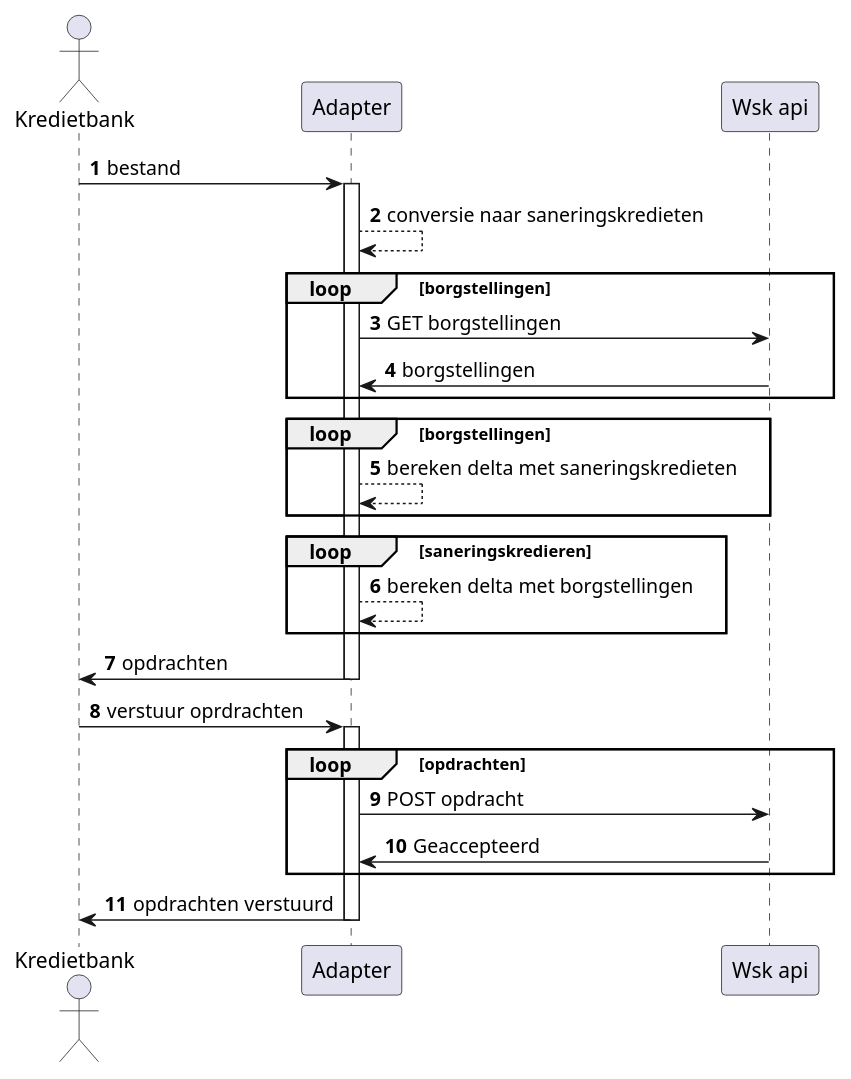
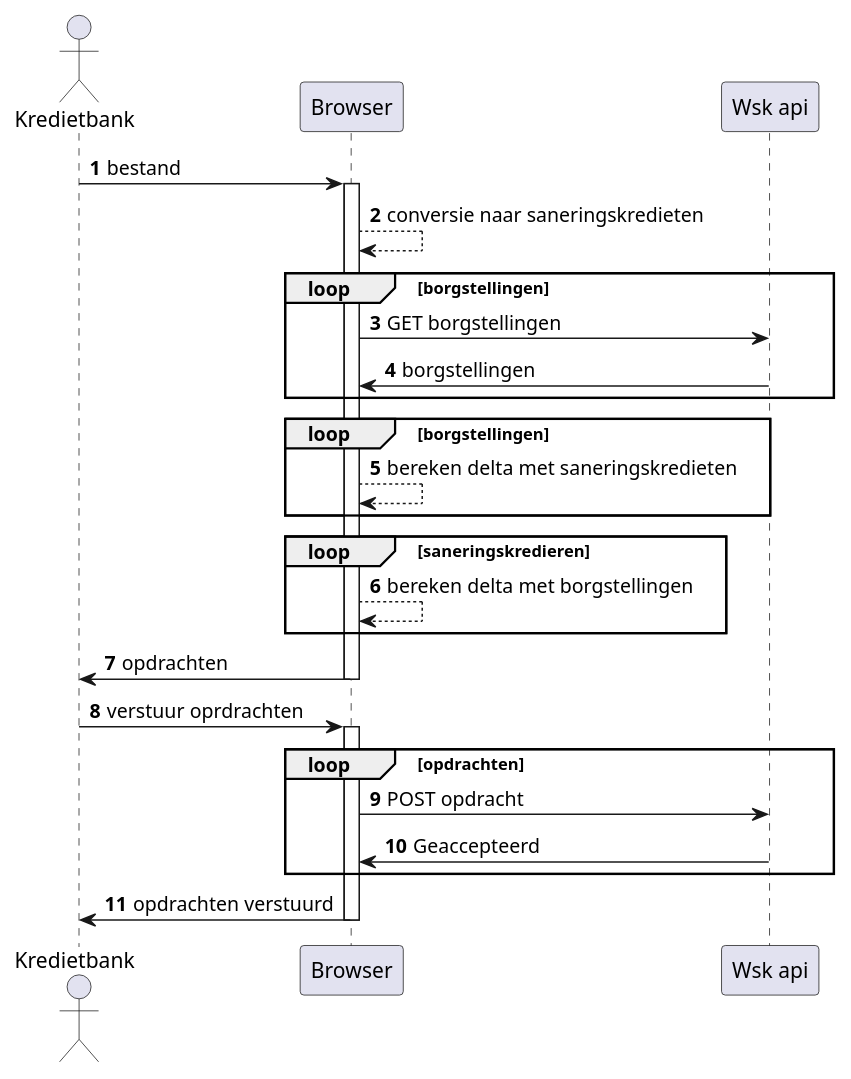
Before and after one commit to sbnnl/documentatie: the diagram in docs/100_producten/100_handmatig-muteren/sequence-diagram.puml, drawn with PlantUML.

Commit message:
dashboard api aangepast

```diff
--- a/docs/100_producten/100_handmatig-muteren/sequence-diagram.puml
+++ b/docs/100_producten/100_handmatig-muteren/sequence-diagram.puml
@@ -1,45 +1,45 @@
 @startuml
 autonumber
 
 actor Kredietbank as user
-participant "Adapter" as adapter
+participant "Browser" as browser
 participant "Wsk api" as api
 
-user -> adapter : bestand
+user -> browser : bestand
 
-activate adapter
+activate browser
 
-adapter --> adapter : conversie naar saneringskredieten
+browser --> browser : conversie naar saneringskredieten
 
 loop borgstellingen
-    adapter -> api : GET borgstellingen
-    api -> adapter : borgstellingen
+    browser -> api : GET borgstellingen
+    api -> browser : borgstellingen
 end
 
 
 loop borgstellingen
-    adapter --> adapter : bereken delta met saneringskredieten
+    browser --> browser : bereken delta met saneringskredieten
 end
 
 loop saneringskredieren
-    adapter --> adapter : bereken delta met borgstellingen
+    browser --> browser : bereken delta met borgstellingen
 end
 
-adapter -> user : opdrachten
+browser -> user : opdrachten
 
-deactivate adapter
+deactivate browser
 
-user -> adapter : verstuur oprdrachten
+user -> browser : verstuur oprdrachten
 
-activate adapter
+activate browser
 
 loop opdrachten
-    adapter -> api : POST opdracht
-    api -> adapter : Geaccepteerd
+    browser -> api : POST opdracht
+    api -> browser : Geaccepteerd
 end
 
-adapter -> user : opdrachten verstuurd
+browser -> user : opdrachten verstuurd
 
-deactivate adapter
+deactivate browser
 
 @enduml
```
